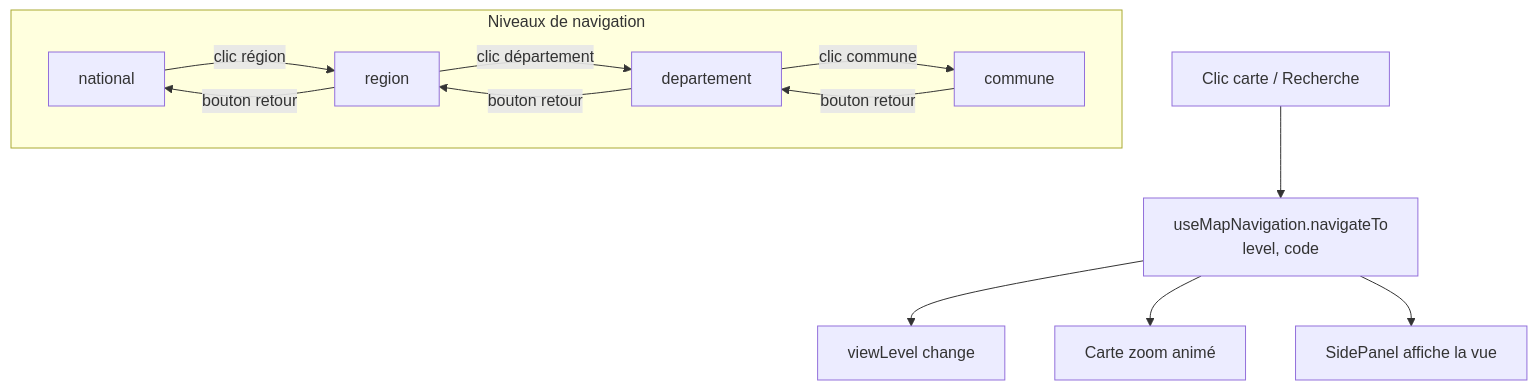
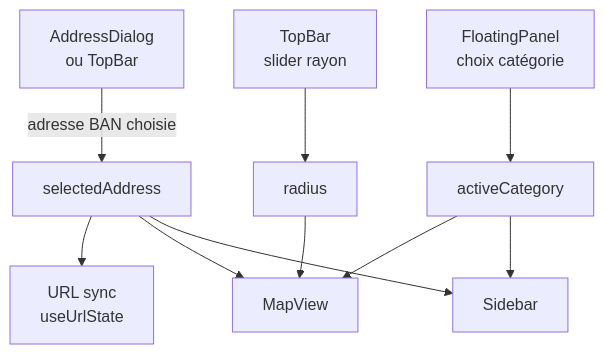
Before and after one commit to HomePedia-T-DAT-902/homepedia-front: the diagram in docs/frontend.md, drawn with Mermaid. The commit also changed other lines of this file and 6 other files, not shown here.

````diff
--- a/docs/frontend.md
+++ b/docs/frontend.md
@@ -13,16 +16,13 @@
 ```mermaid
 graph TD
-    ACTION[Clic carte / Recherche] --> NAV[useMapNavigation.navigateTo<br/>level, code]
-    NAV --> VL[viewLevel change]
-    NAV --> ZOOM[Carte zoom animé]
-    NAV --> SP[SidePanel affiche la vue]
+    START[AddressDialog<br/>ou TopBar] -->|adresse BAN choisie| ADDR[selectedAddress]
+    ADDR --> URL[URL sync<br/>useUrlState]
+    FP[FloatingPanel<br/>choix catégorie] --> CAT[activeCategory]
+    RADIUS[TopBar<br/>slider rayon] --> R[radius]
 
-    subgraph Niveaux de navigation
-        N[national] -->|clic région| R[region]
-        R -->|clic département| D[departement]
-        D -->|clic commune| C[commune]
-        C -->|bouton retour| D
-        D -->|bouton retour| R
-        R -->|bouton retour| N
-    end
+    ADDR --> MAP[MapView]
+    CAT --> MAP
+    R --> MAP
+    ADDR --> SIDE[Sidebar]
+    CAT --> SIDE
 ```
````
